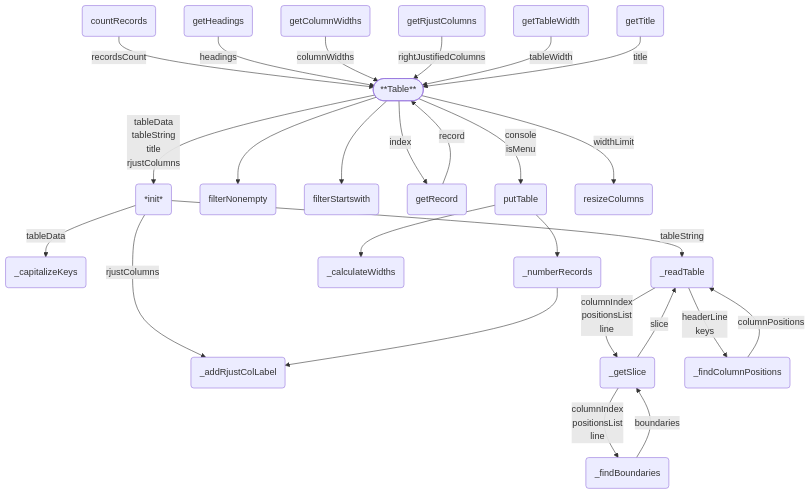
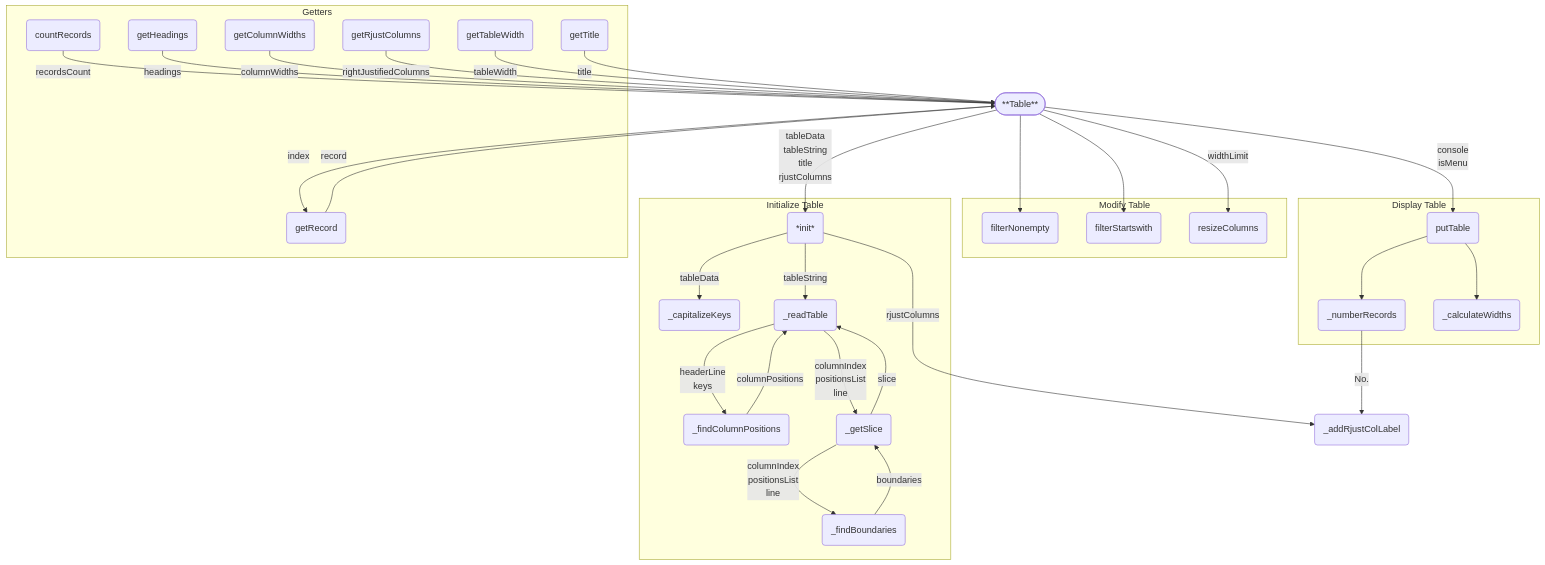
The first of 7 diagrams in scripts/table/design.md (7s4e/p3), drawn with Mermaid before and after one commit. The commit also changed other lines of this file and 1 other file, not shown here.

Commit message:
org class and methods

````diff
--- a/scripts/table/design.md
+++ b/scripts/table/design.md
@@ -9,63 +25,71 @@
 ```mermaid
 graph TB
     MAIN([**Table**])
         MAIN -- tableData
                 tableString
                 title
                 rjustColumns
              --> INIT
         MAIN --> FNE
         MAIN --> FSW
         MAIN -- index --> GRCD
         MAIN -- console
                 isMenu
              --> PT
         MAIN -- widthLimit --> RC
-    INIT(*init*)
-        INIT -- tableData --> CK
-        INIT -- tableString --> RT
+        CR -- recordsCount --> MAIN
+        GH -- headings --> MAIN
+        GCW -- columnWidths --> MAIN
+        GRCD -- record --> MAIN
+        GRJC -- rightJustifiedColumns --> MAIN
+        GTW -- tableWidth --> MAIN
+        GTTL -- title --> MAIN
+    subgraph inititialize [Initialize Table]
+        INIT(*init*)
+            INIT -- tableData --> CK
+            INIT -- tableString --> RT
+        CK(_capitalizeKeys)
+        RT(_readTable)
+            RT -- headerLine
+                  keys
+               --> FCP
+            RT -- columnIndex
+                  positionsList
+                  line
+               --> GS
+        FCP(_findColumnPositions)
+            FCP -- columnPositions --> RT
+        GS(_getSlice)
+            GS -- columnIndex
+                  positionsList
+                  line
+               --> FB
+            GS -- slice --> RT
+        FB(_findBoundaries)
+            FB -- boundaries --> GS
+    end
+    subgraph modify [Modify Table]
+        FNE(filterNonempty)
+        FSW(filterStartswith)
+        RC(resizeColumns)
+    end
+    subgraph display [Display Table]
+        PT(putTable)
+            PT --> NR
+            PT --> CW
+        NR(_numberRecords)
+        CW(_calculateWidths)
+    end
+    subgraph getters [Getters]
+        CR(countRecords)
+        GH(getHeadings)
+        GCW(getColumnWidths)
+        GRCD(getRecord)
+        GRJC(getRjustColumns)
+        GTW(getTableWidth)
+        GTTL(getTitle)
+    end
+    ARJCL(_addRjustColLabel)
         INIT -- rjustColumns --> ARJCL
-    ARJCL(_addRjustColLabel)
-    CK(_capitalizeKeys)
-    CR(countRecords)
-        CR -- recordsCount --> MAIN
-    CW(_calculateWidths)
-    FB(_findBoundaries)
-        FB -- boundaries --> GS
-    FCP(_findColumnPositions)
-        FCP -- columnPositions --> RT
-    FNE(filterNonempty)
-    FSW(filterStartswith)
-    GH(getHeadings)
-        GH -- headings --> MAIN
-    GCW(getColumnWidths)
-        GCW -- columnWidths --> MAIN
-    GRCD(getRecord)
-        GRCD -- record --> MAIN
-    GRJC(getRjustColumns)
-        GRJC -- rightJustifiedColumns --> MAIN
-    GS(_getSlice)
-        GS -- columnIndex
-              positionsList
-              line
-           --> FB
-        GS -- slice --> RT
-    GTW(getTableWidth)
-        GTW -- tableWidth --> MAIN
-    GTTL(getTitle)
-        GTTL -- title --> MAIN
-    NR(_numberRecords)
-        NR --> ARJCL
-    PT(putTable)
-        PT --> NR
-        PT --> CW
-    RC(resizeColumns)
-    RT(_readTable)
-        RT -- headerLine
-              keys
-           --> FCP
-        RT -- columnIndex
-              positionsList
-              line
-           --> GS
+        NR -- No. --> ARJCL
 ```
````
